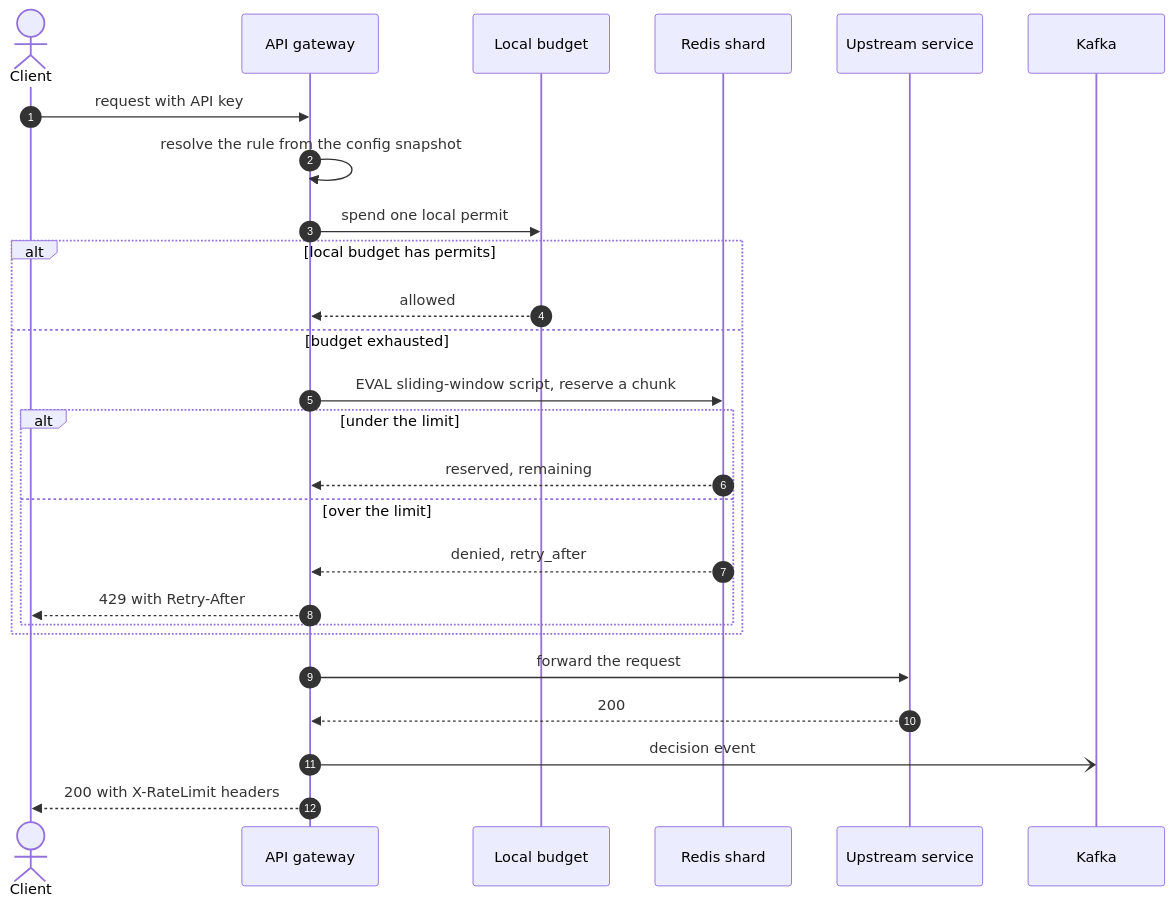
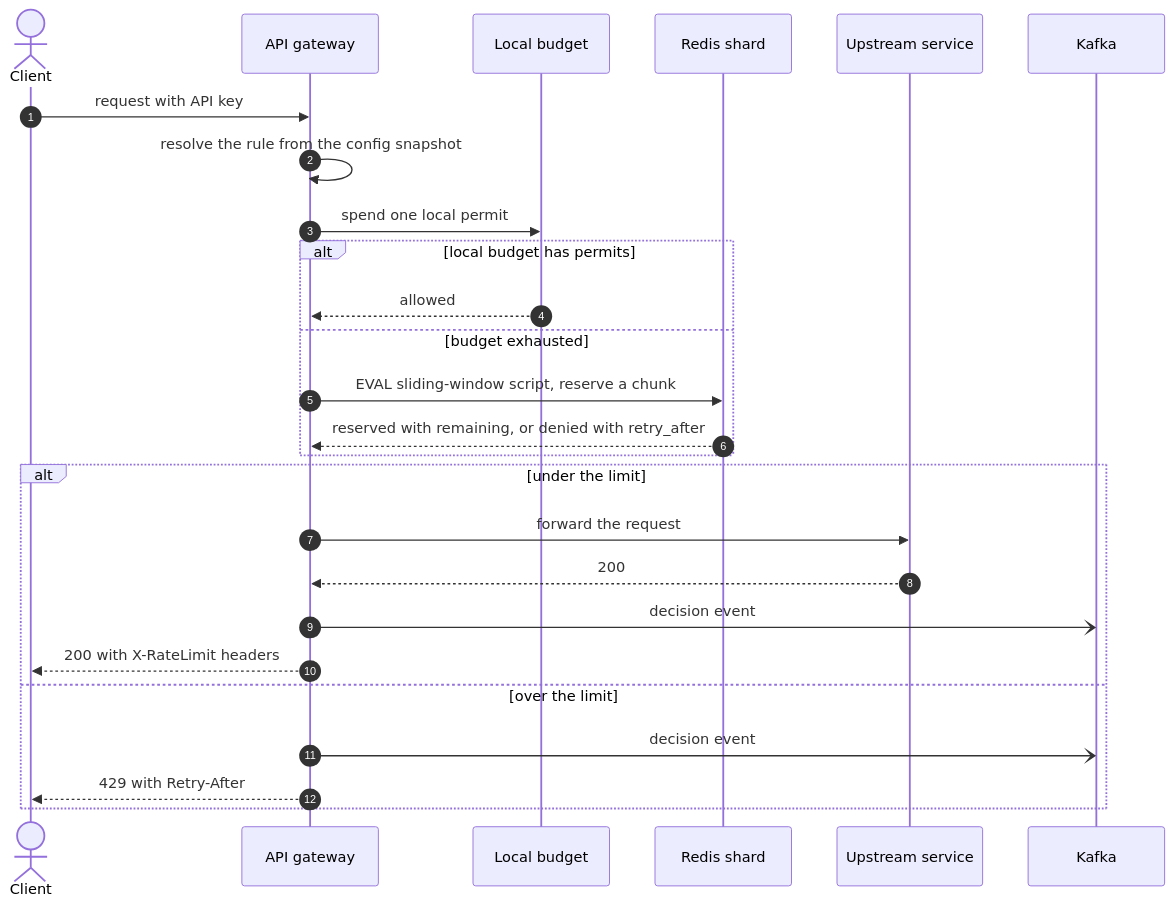
The third of 6 diagrams in docs/hld/case-studies/rate-limiter.md (param087/hld-lld-interview-handbook), drawn with Mermaid before and after one commit. The commit also changed other lines of this file and 14 other files, not shown here.

Commit message:
Review R2 fixes: availability arithmetic, Redlock attribution, erasure-coding tolerance, HLC concurrency, Kafka partitioner and high watermark, PKCE flow, Bigtable key

````diff
--- a/docs/hld/case-studies/rate-limiter.md
+++ b/docs/hld/case-studies/rate-limiter.md
@@ -182,28 +182,28 @@
 ```mermaid
 sequenceDiagram
     autonumber
     actor C as Client
     participant GW as API gateway
     participant LB as Local budget
     participant R as Redis shard
     participant S as Upstream service
     participant K as Kafka
     C->>GW: request with API key
     GW->>GW: resolve the rule from the config snapshot
     GW->>LB: spend one local permit
     alt local budget has permits
         LB-->>GW: allowed
     else budget exhausted
         GW->>R: EVAL sliding-window script, reserve a chunk
-        alt under the limit
-            R-->>GW: reserved, remaining
-        else over the limit
-            R-->>GW: denied, retry_after
-            GW-->>C: 429 with Retry-After
-        end
+        R-->>GW: reserved with remaining, or denied with retry_after
     end
-    GW->>S: forward the request
-    S-->>GW: 200
-    GW-)K: decision event
-    GW-->>C: 200 with X-RateLimit headers
+    alt under the limit
+        GW->>S: forward the request
+        S-->>GW: 200
+        GW-)K: decision event
+        GW-->>C: 200 with X-RateLimit headers
+    else over the limit
+        GW-)K: decision event
+        GW-->>C: 429 with Retry-After
+    end
 ```
````
